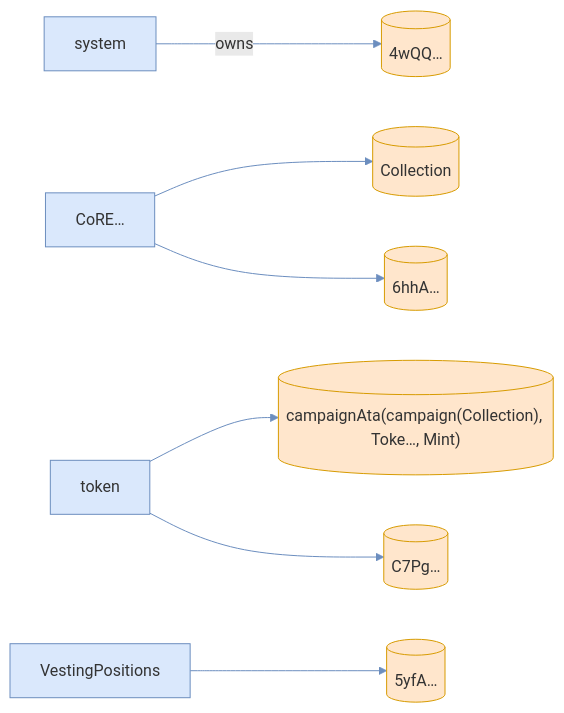
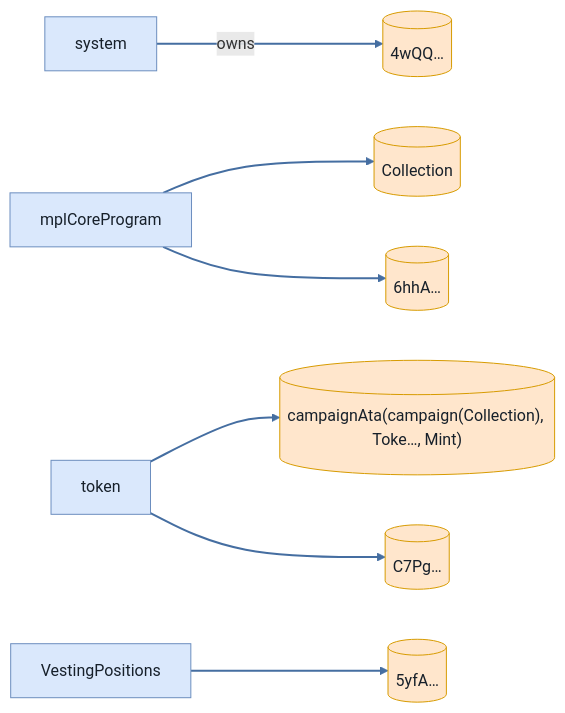
One commit to cds-turbin3/vesting-position changed the sixth of 6 diagrams in babelfish-tests/test-report/before_cliff_transfers_zero.md. Above: the diagram before and after it, drawn with Mermaid. The commit also changed other lines of this file and 106 other files, not shown here.

````diff
--- a/babelfish-tests/test-report/before_cliff_transfers_zero.md
+++ b/babelfish-tests/test-report/before_cliff_transfers_zero.md
@@ -318,23 +316,23 @@
 ```mermaid
 flowchart LR
     system["system"]:::program
     n4wQQ[("4wQQ…")]:::state
-    CoRE["CoRE…"]:::program
+    mplCoreProgram["mplCoreProgram"]:::program
     Collection[("Collection")]:::state
     token["token"]:::program
     campaignAtacampaignCollectionTokeMint[("campaignAta(campaign(Collection), Toke…, Mint)")]:::state
     C7Pg[("C7Pg…")]:::state
     n6hhA[("6hhA…")]:::state
     VestingPositions["VestingPositions"]:::program
     n5yfA[("5yfA…")]:::state
     system -->|owns| n4wQQ
-    CoRE --> Collection
+    mplCoreProgram --> Collection
     token --> campaignAtacampaignCollectionTokeMint
     token --> C7Pg
-    CoRE --> n6hhA
+    mplCoreProgram --> n6hhA
     VestingPositions --> n5yfA
-    classDef program fill:#dae8fc,stroke:#6c8ebf;
-    classDef signer fill:#d5e8d4,stroke:#82b366;
-    classDef state fill:#ffe6cc,stroke:#d79b00;
-    linkStyle 0,1,2,3,4,5 stroke:#6c8ebf
+    classDef program fill:#dae8fc,stroke:#6c8ebf,color:#17202a;
+    classDef signer fill:#d5e8d4,stroke:#82b366,color:#17202a;
+    classDef state fill:#ffe6cc,stroke:#d79b00,color:#17202a;
+    linkStyle 0,1,2,3,4,5 stroke:#456ea1,stroke-width:2px
 ```
````
